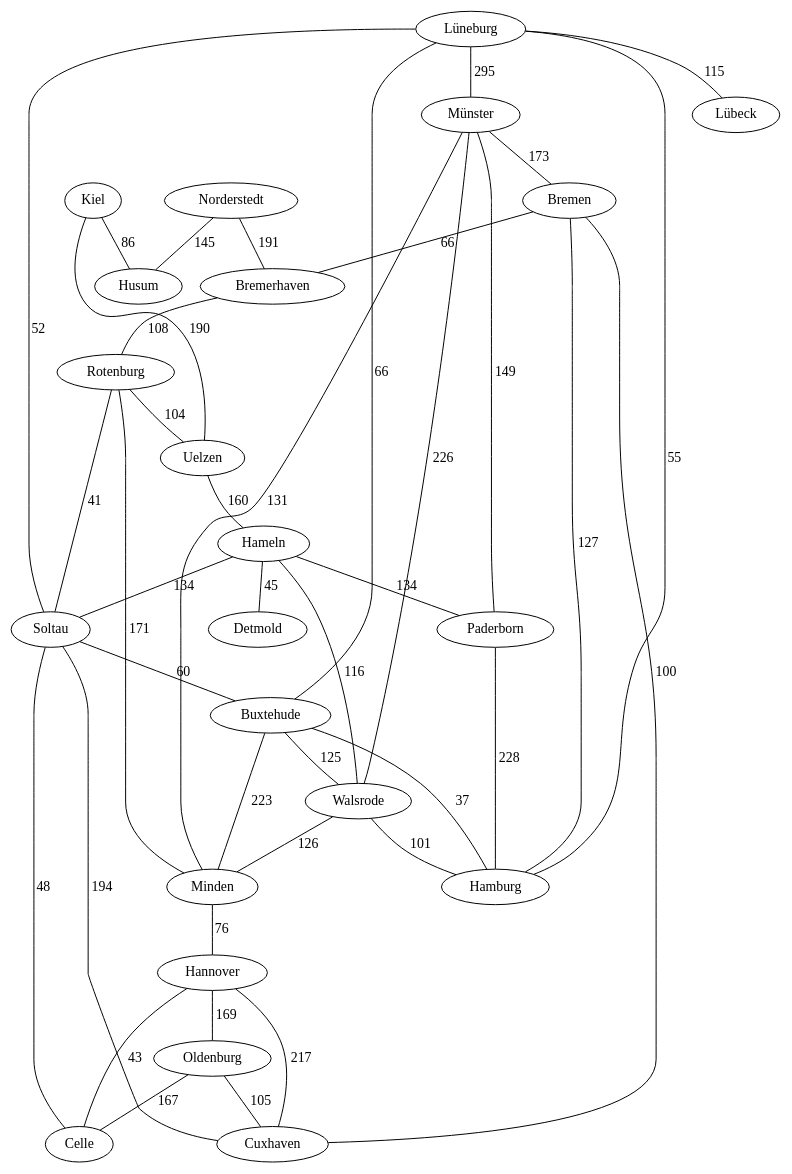
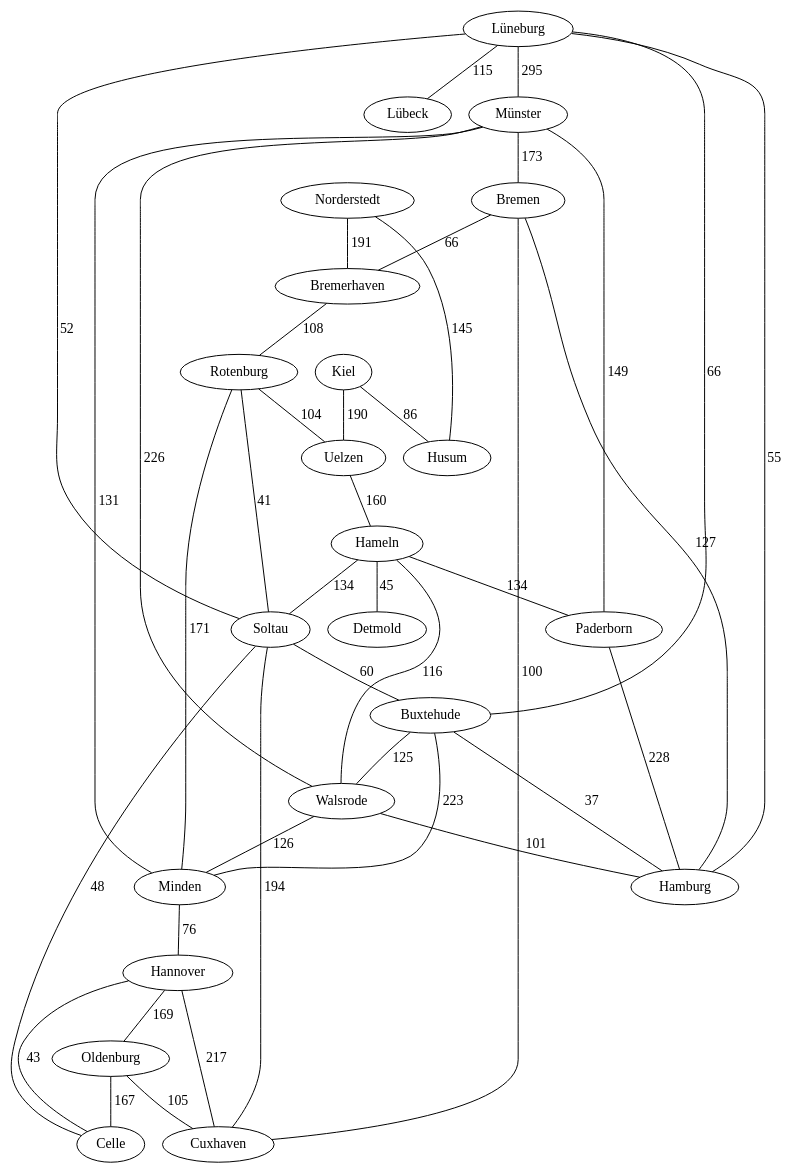
One commit to adrian-helberg/ws2018 changed the diagram in GKA/gkap/src/main/graphviz/graph03.dot. Above: the diagram before and after it, drawn with Graphviz. The commit also changed 25 other files, not shown here.

Commit message:
GKAP import graphs from dot files

```diff
--- a/GKA/gkap/src/main/graphviz/graph03.dot
+++ b/GKA/gkap/src/main/graphviz/graph03.dot
@@ -1,42 +1,42 @@
 graph {
-Paderborn--Hamburg[label=228];
-Bremen--Hamburg[label=127];
-Bremen--Bremerhaven[label=66];
-Norderstedt--Bremerhaven[label=191];
-Norderstedt--Husum[label=145];
-Kiel--Husum[label=86];
-Lüneburg--Lübeck[label=115];
-Lüneburg--Soltau[label=52];
-Hameln--Soltau[label=134];
-Hameln--Paderborn[label=134];
-Hameln--Detmold[label=45];
-Münster--Bremen[label=173];
-Münster--Minden[label=131];
-Minden--Hannover[label=76];
-Hannover--Oldenburg[label=169];
-Oldenburg--Cuxhaven[label=105];
-Cuxhaven--Hannover[label=217];
-Cuxhaven--Bremen[label=100];
-Bremerhaven--Rotenburg[label=108];
-Rotenburg--Soltau[label=41];
-Minden--Rotenburg[label=171];
-Rotenburg--Uelzen[label=104];
-Lüneburg--Buxtehude[label=66];
-Uelzen--Hameln[label=160];
-Hameln--Walsrode[label=116];
-Walsrode--Hamburg[label=101];
-Walsrode--Minden[label=126];
-Münster--Walsrode[label=226];
-Lüneburg--Münster[label=295];
-Münster--Paderborn[label=149];
-Lüneburg--Hamburg[label=55];
-Kiel--Uelzen[label=190];
-Oldenburg--Celle[label=167];
-Celle--Hannover[label=43];
-Celle--Soltau[label=48];
-Cuxhaven--Soltau[label=194];
-Soltau--Buxtehude[label=60];
-Buxtehude--Hamburg[label=37];
-Buxtehude--Minden[label=223];
-Buxtehude--Walsrode[label=125];
+Paderborn--Hamburg[label=228, weight=228];
+Bremen--Hamburg[label=127, weight=127];
+Bremen--Bremerhaven[label=66, weight=66];
+Norderstedt--Bremerhaven[label=191, weight=191];
+Norderstedt--Husum[label=145, weight=145];
+Kiel--Husum[label=86, weight=86];
+Lüneburg--Lübeck[label=115, weight=115];
+Lüneburg--Soltau[label=52, weight=52];
+Hameln--Soltau[label=134, weight=134];
+Hameln--Paderborn[label=134, weight=134];
+Hameln--Detmold[label=45, weight=45];
+Münster--Bremen[label=173, weight=173];
+Münster--Minden[label=131, weight=131];
+Minden--Hannover[label=76, weight=76];
+Hannover--Oldenburg[label=169, weight=169];
+Oldenburg--Cuxhaven[label=105, weight=105];
+Cuxhaven--Hannover[label=217, weight=217];
+Cuxhaven--Bremen[label=100, weight=100];
+Bremerhaven--Rotenburg[label=108, weight=108];
+Rotenburg--Soltau[label=41, weight=41];
+Minden--Rotenburg[label=171, weight=171];
+Rotenburg--Uelzen[label=104, weight=104];
+Lüneburg--Buxtehude[label=66, weight=66];
+Uelzen--Hameln[label=160, weight=160];
+Hameln--Walsrode[label=116, weight=116];
+Walsrode--Hamburg[label=101, weight=101];
+Walsrode--Minden[label=126, weight=126];
+Münster--Walsrode[label=226, weight=226];
+Lüneburg--Münster[label=295, weight=295];
+Münster--Paderborn[label=149, weight=149];
+Lüneburg--Hamburg[label=55, weight=55];
+Kiel--Uelzen[label=190, weight=190];
+Oldenburg--Celle[label=167, weight=167];
+Celle--Hannover[label=43, weight=43];
+Celle--Soltau[label=48, weight=48];
+Cuxhaven--Soltau[label=194, weight=194];
+Soltau--Buxtehude[label=60, weight=60];
+Buxtehude--Hamburg[label=37, weight=37];
+Buxtehude--Minden[label=223, weight=223];
+Buxtehude--Walsrode[label=125, weight=125];
 }
```
